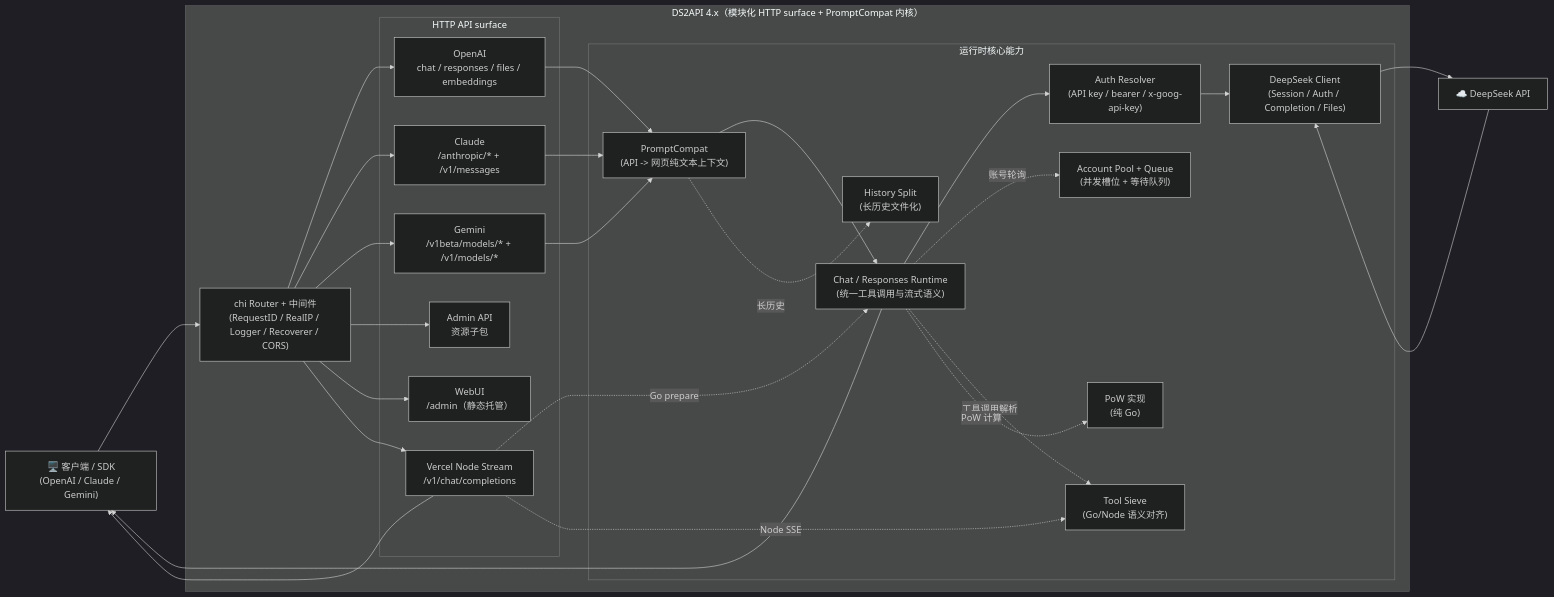
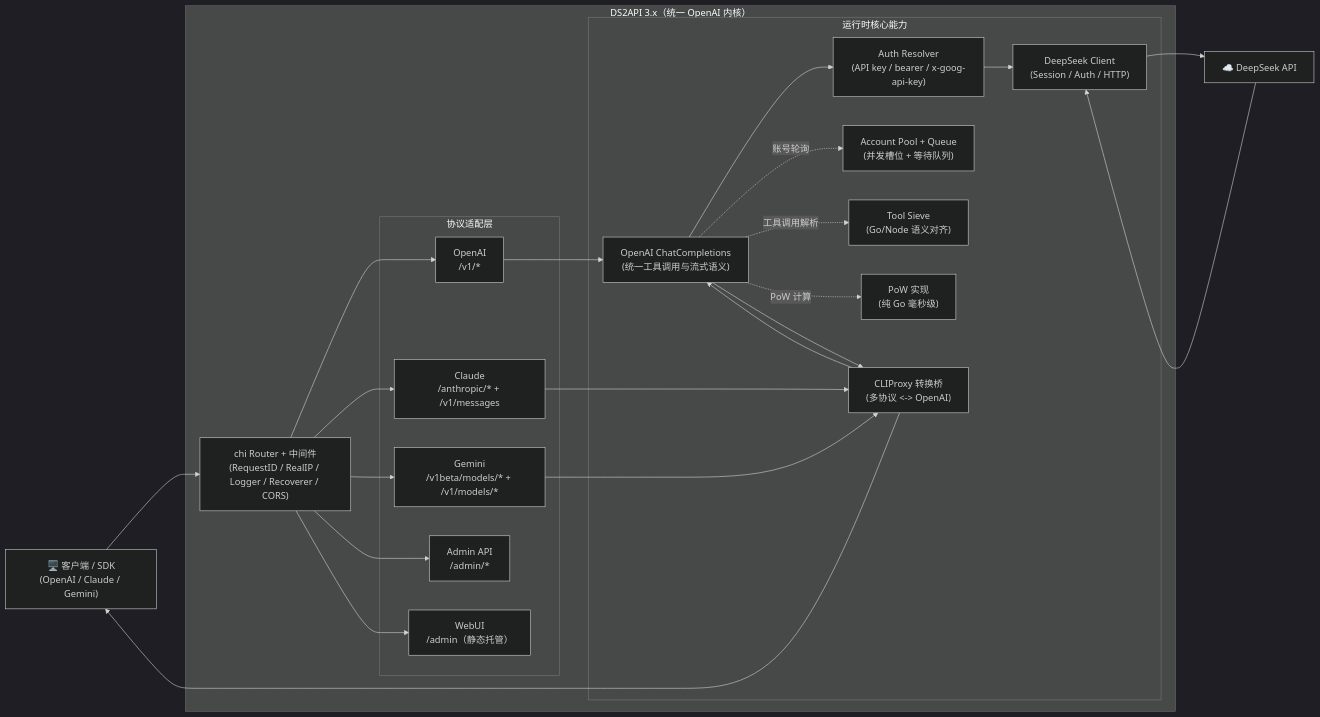
One commit to 1cyberlangke1/dsp changed the diagram in README.MD. Above: the diagram before and after it, drawn with Mermaid (dark theme). The commit also changed other lines of this file and 65 other files, not shown here.

First line of the commit message:
feat: revamp DeepSeek v4 model handling

````diff
--- a/README.MD
+++ b/README.MD
@@ -60,51 +33,45 @@
 ```mermaid
 flowchart LR
     Client["🖥️ 客户端 / SDK\n(OpenAI / Claude / Gemini)"]
     Upstream["☁️ DeepSeek API"]
 
-    subgraph DS2API["DS2API 4.x（模块化 HTTP surface + PromptCompat 内核）"]
+    subgraph DS2API["DS2API 3.x（统一 OpenAI 内核）"]
         Router["chi Router + 中间件\n(RequestID / RealIP / Logger / Recoverer / CORS)"]
 
-        subgraph HTTP["HTTP API surface"]
-            OA["OpenAI\nchat / responses / files / embeddings"]
+        subgraph Adapters["协议适配层"]
+            OA["OpenAI\n/v1/*"]
             CA["Claude\n/anthropic/* + /v1/messages"]
             GA["Gemini\n/v1beta/models/* + /v1/models/*"]
-            Admin["Admin API\n资源子包"]
+            Admin["Admin API\n/admin/*"]
             WebUI["WebUI\n/admin（静态托管）"]
-            Vercel["Vercel Node Stream\n/v1/chat/completions"]
         end
 
         subgraph Runtime["运行时核心能力"]
-            Compat["PromptCompat\n(API -> 网页纯文本上下文)"]
-            Chat["Chat / Responses Runtime\n(统一工具调用与流式语义)"]
+            Bridge["CLIProxy 转换桥\n(多协议 <-> OpenAI)"]
+            OAEngine["OpenAI ChatCompletions\n(统一工具调用与流式语义)"]
             Auth["Auth Resolver\n(API key / bearer / x-goog-api-key)"]
             Pool["Account Pool + Queue\n(并发槽位 + 等待队列)"]
-            DSClient["DeepSeek Client\n(Session / Auth / Completion / Files)"]
-            Pow["PoW 实现\n(纯 Go)"]
+            DSClient["DeepSeek Client\n(Session / Auth / HTTP)"]
+            Pow["PoW 实现\n(纯 Go 毫秒级)"]
             Tool["Tool Sieve\n(Go/Node 语义对齐)"]
-            History["History Split\n(长历史文件化)"]
         end
     end
 
     Client --> Router
     Router --> OA & CA & GA
     Router --> Admin
     Router --> WebUI
-    Router --> Vercel
 
-    OA --> Compat
-    CA & GA --> Compat
-    Compat --> Chat
-    Compat -.长历史.-> History
-    Vercel -.Go prepare.-> Chat
-    Vercel -.Node SSE.-> Tool
-    Chat --> Auth
-    Chat -.账号轮询.-> Pool
-    Chat -.工具调用解析.-> Tool
-    Chat -.PoW 计算.-> Pow
+    OA --> OAEngine
+    CA & GA --> Bridge
+    Bridge --> OAEngine
+    OAEngine --> Auth
+    OAEngine -.账号轮询.-> Pool
+    OAEngine -.工具调用解析.-> Tool
+    OAEngine -.PoW 计算.-> Pow
     Auth --> DSClient
     DSClient --> Upstream
     Upstream --> DSClient
-    Chat --> Client
-    Vercel --> Client
+    OAEngine --> Bridge
+    Bridge --> Client
 ```
````
